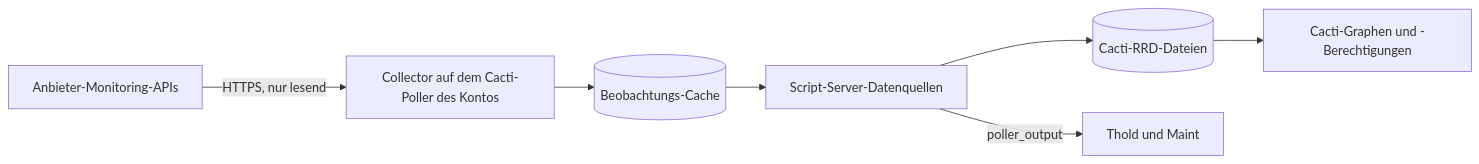
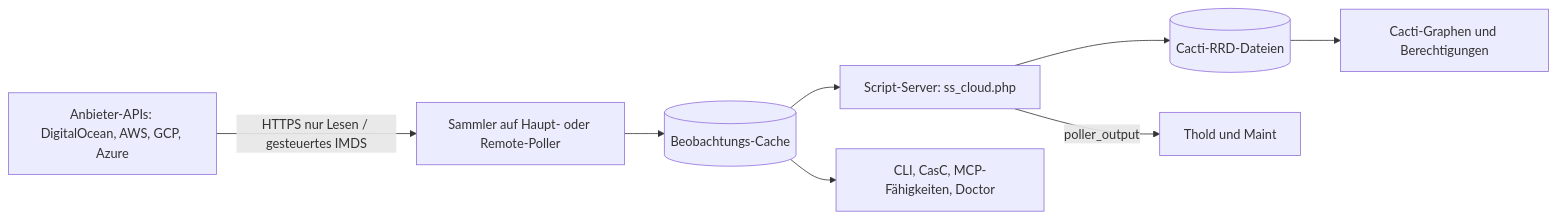
The diagram in docs/i18n/de-DE/README.md (somethingwithproof/plugin_cloud), drawn with Mermaid before and after one commit. The commit also changed other lines of this file and 48 other files, not shown here.

First line of the commit message:
docs(readme): document AWS, GCP, Azure drivers, remote collectors, and ecosystem hooks

````diff
--- a/docs/i18n/de-DE/README.md
+++ b/docs/i18n/de-DE/README.md
@@ -100,9 +148,10 @@
 ```mermaid
 flowchart LR
-    API[Anbieter-Monitoring-APIs] -->|HTTPS, nur lesend| C[Collector auf dem Cacti-Poller des Kontos]
+    API["Anbieter-APIs: DigitalOcean, AWS, GCP, Azure"] -->|HTTPS nur Lesen / gesteuertes IMDS| C["Sammler auf Haupt- oder Remote-Poller"]
     C --> O[(Beobachtungs-Cache)]
-    O --> SS[Script-Server-Datenquellen]
+    O --> SS["Script-Server: ss_cloud.php"]
     SS --> RRD[(Cacti-RRD-Dateien)]
     SS -->|poller_output| T[Thold und Maint]
-    RRD --> G[Cacti-Graphen und -Berechtigungen]
+    RRD --> G[Cacti-Graphen und Berechtigungen]
+    O --> ECO["CLI, CasC, MCP-Fähigkeiten, Doctor"]
 ```
````
